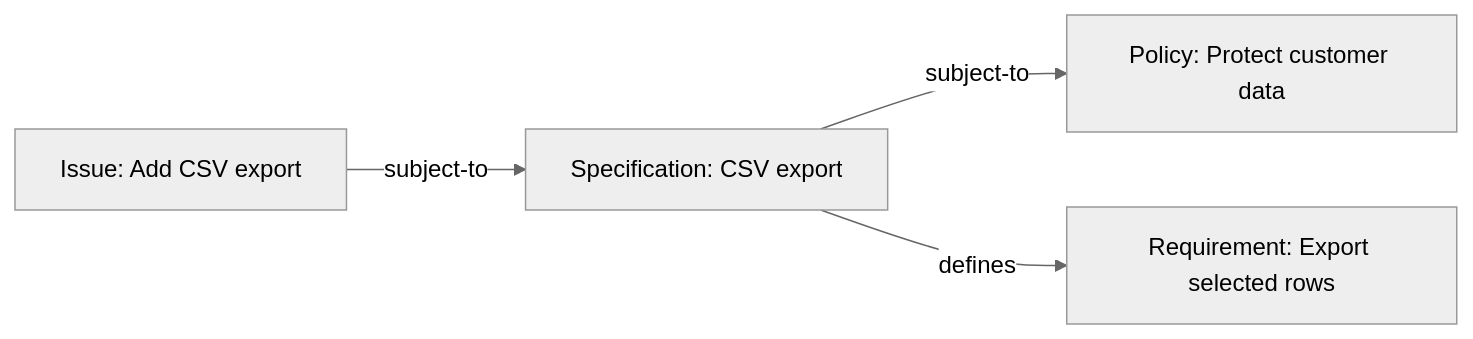
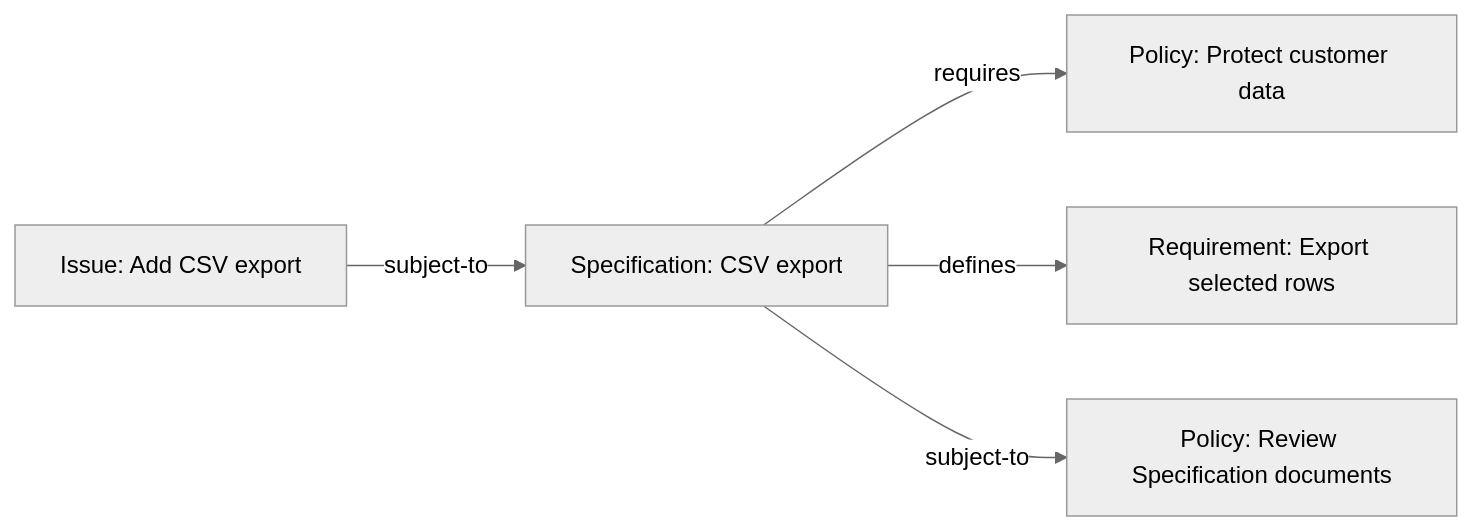
The fifth of 7 diagrams in specs/types/memory/memory.md (gastownhall/bdp), drawn with Mermaid (neutral theme) before and after one commit. The commit also changed other lines of this file and 6 other files, not shown here.

````diff
--- a/specs/types/memory/memory.md
+++ b/specs/types/memory/memory.md
@@ -220,6 +219,7 @@
 ```mermaid
 flowchart LR
     I["Issue: Add CSV export"] -->|subject-to| S["Specification: CSV export"]
-    S -->|subject-to| P["Policy: Protect customer data"]
+    S -->|requires| P["Policy: Protect customer data"]
     S -->|defines| R["Requirement: Export selected rows"]
+    S -->|subject-to| D["Policy: Review Specification documents"]
 ```
````
